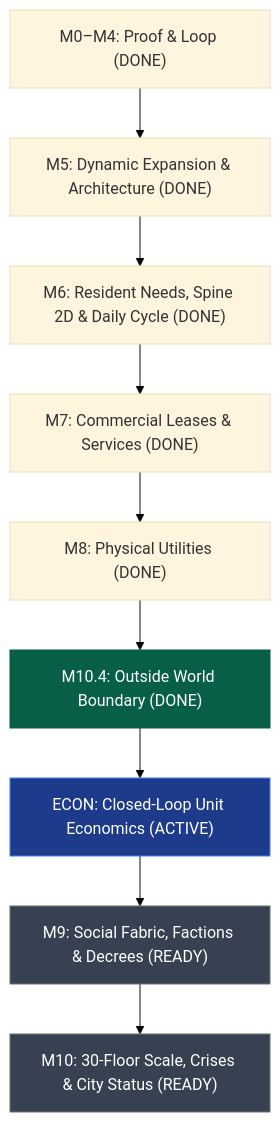
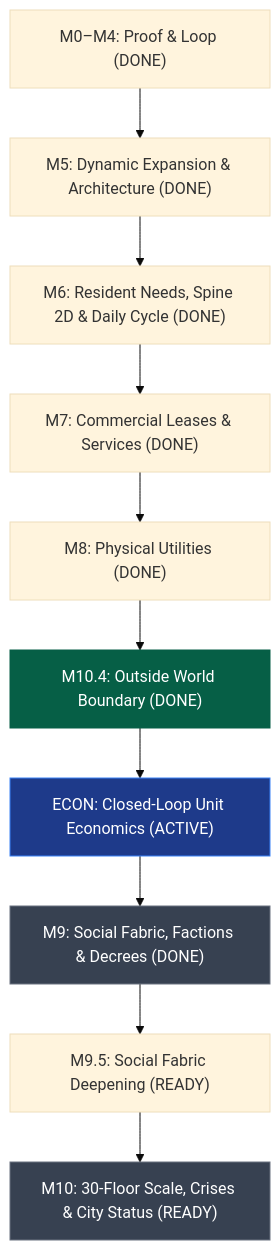
One commit to Gijsja/one-roof changed the diagram in Planning/ROADMAP.md. Above: the diagram before and after it, drawn with Mermaid (base theme). The commit also changed other lines of this file and 168 other files, not shown here.

````diff
--- a/Planning/ROADMAP.md
+++ b/Planning/ROADMAP.md
@@ -41,15 +43,16 @@
 ```mermaid
 graph TD
     M0["M0–M4: Proof & Loop (DONE)"] --> M5["M5: Dynamic Expansion & Architecture (DONE)"]
     M5 --> M6["M6: Resident Needs, Spine 2D & Daily Cycle (DONE)"]
     M6 --> M7["M7: Commercial Leases & Services (DONE)"]
     M7 --> M8["M8: Physical Utilities (DONE)"]
     M8 --> M104["M10.4: Outside World Boundary (DONE)"]
     M104 --> ECON["ECON: Closed-Loop Unit Economics (ACTIVE)"]
-    ECON --> M9["M9: Social Fabric, Factions & Decrees (READY)"]
-    M9 --> M10["M10: 30-Floor Scale, Crises & City Status (READY)"]
+    ECON --> M9["M9: Social Fabric, Factions & Decrees (DONE)"]
+    M9 --> M95["M9.5: Social Fabric Deepening (READY)"]
+    M95 --> M10["M10: 30-Floor Scale, Crises & City Status (READY)"]
     style M104 fill:#065f46,color:#fff,stroke:#065f46
     style ECON fill:#1e3a8a,color:#fff,stroke:#3b82f6
     style M9 fill:#374151,color:#fff,stroke:#6b7280
     style M10 fill:#374151,color:#fff,stroke:#6b7280
 ```
````
